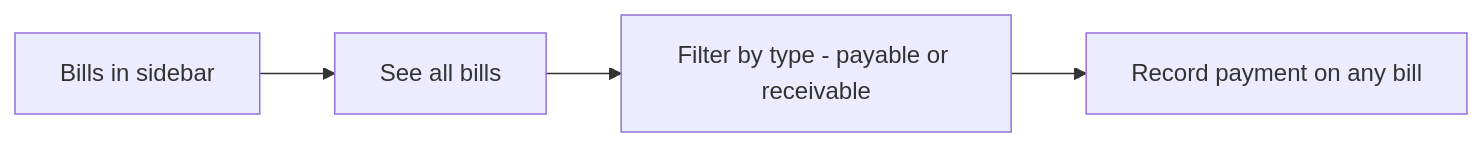
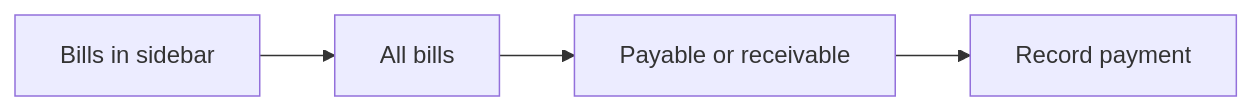
Before and after one commit to mishabcp/buildops: the ninth of 10 diagrams in docs/USER_GUIDE.md, drawn with Mermaid. The commit also changed other lines of this file and 45 other files, not shown here.

````diff
--- a/docs/USER_GUIDE.md
+++ b/docs/USER_GUIDE.md
@@ -126,6 +177,6 @@
 ```mermaid
 flowchart LR
-  BillsMenu[Bills in sidebar] --> List[See all bills]
-  List --> Filter[Filter by type - payable or receivable]
-  Filter --> Record[Record payment on any bill]
+  BillsMenu[Bills in sidebar] --> List[All bills]
+  List --> Filter[Payable or receivable]
+  Filter --> Record[Record payment]
 ```
````
